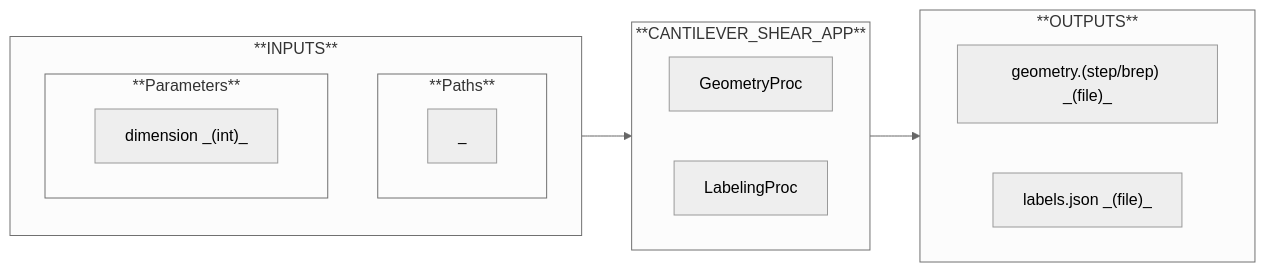
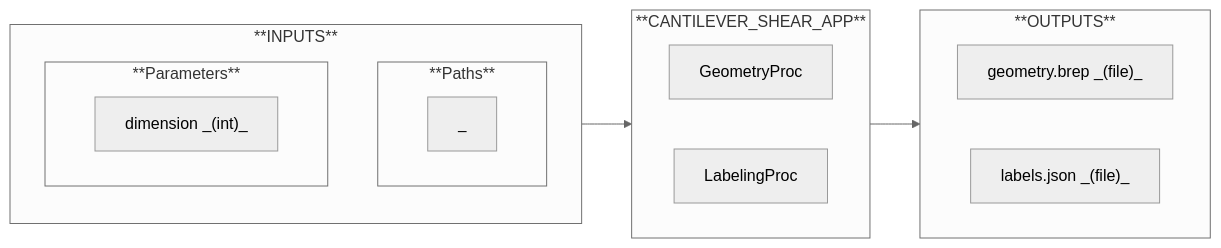
The fourth of 6 diagrams in src/nuremics_labs/apps/simulation/CANTILEVER_SHEAR_APP/README.md (nuremics/sim-labs), drawn with Mermaid (neutral theme) before and after one commit. The commit also changed other lines of this file and 4 other files, not shown here.

````diff
--- a/src/nuremics_labs/apps/simulation/CANTILEVER_SHEAR_APP/README.md
+++ b/src/nuremics_labs/apps/simulation/CANTILEVER_SHEAR_APP/README.md
@@ -75,31 +72,31 @@
 ```mermaid
 flowchart LR
   subgraph **INPUTS**
     direction TB
 
     subgraph **Paths**
       direction LR
       path["_"]
     end
 
     subgraph **Parameters**
       direction LR
       param1["dimension _(int)_"]
     end
   end
 
   subgraph **CANTILEVER_SHEAR_APP**
     direction RL
     proc1["GeometryProc"]
     proc2["LabelingProc"]
   end
 
   subgraph **OUTPUTS**
     direction RL
-    out1["geometry.(step/brep) _(file)_"]
+    out1["geometry.brep _(file)_"]
     out2["labels.json _(file)_"]
   end
 
   **INPUTS** --> **CANTILEVER_SHEAR_APP**
   **CANTILEVER_SHEAR_APP** --> **OUTPUTS**
 ```
````
